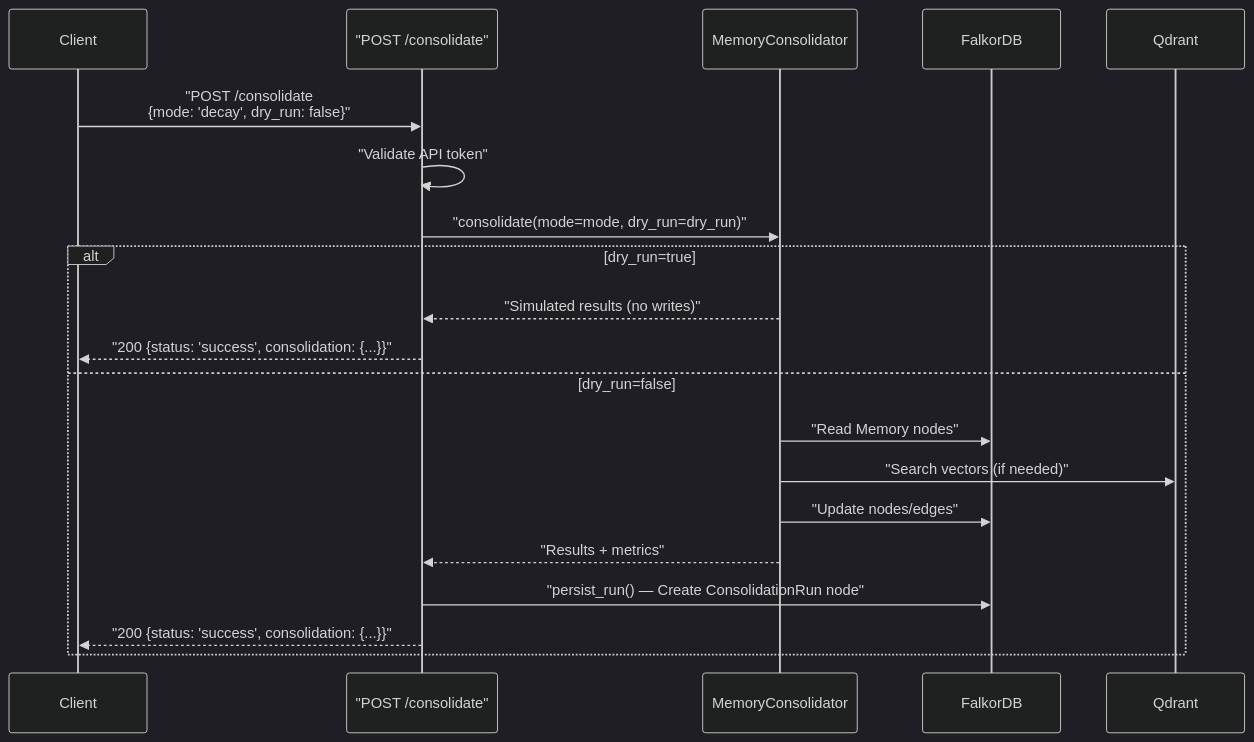
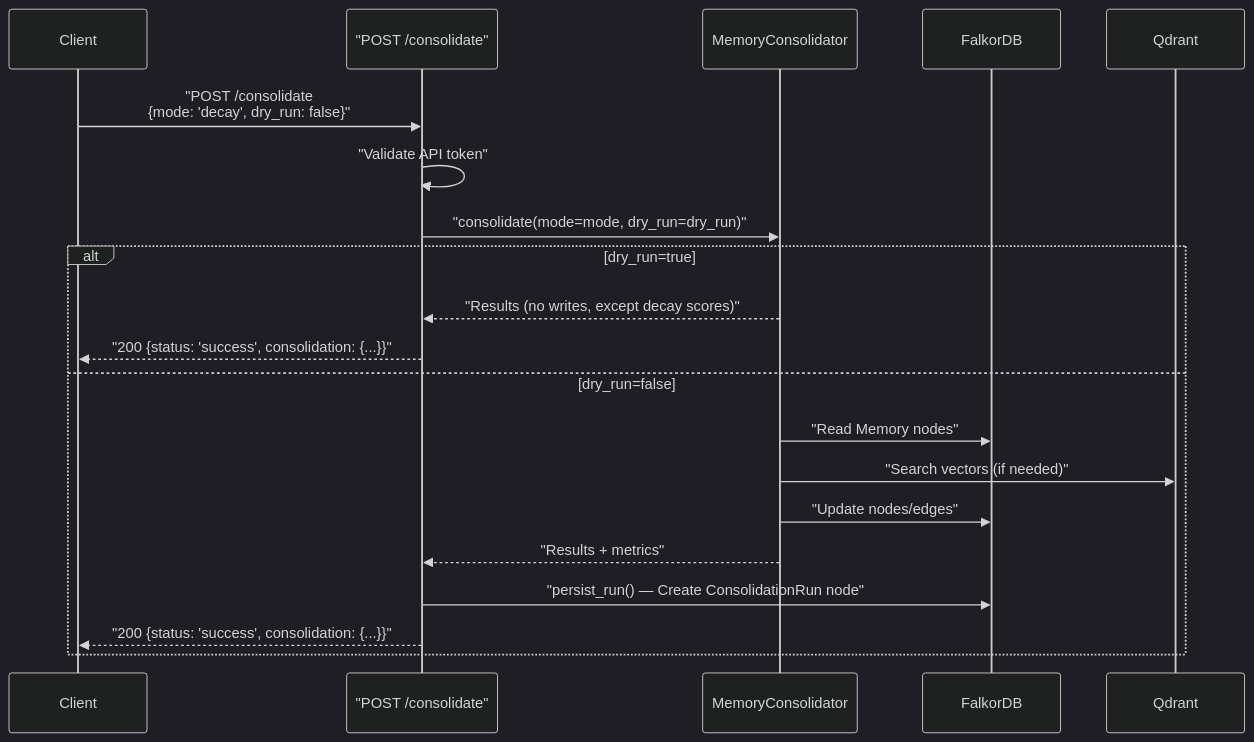
One commit to verygoodplugins/automem-website changed the second of 2 diagrams in src/content/docs/docs/reference/api/consolidation.md. Above: the diagram before and after it, drawn with Mermaid (dark theme). The commit also changed other lines of this file and 2 other files, not shown here.

First line of the commit message:
docs: correct consolidation status shapes, dry-run decay, and health API responses (#422)

````diff
--- a/src/content/docs/docs/reference/api/consolidation.md
+++ b/src/content/docs/docs/reference/api/consolidation.md
@@ -101,25 +102,25 @@
 ```mermaid
 sequenceDiagram
     participant Client
     participant API as "POST /consolidate"
     participant Consolidator as MemoryConsolidator
     participant FalkorDB
     participant Qdrant
 
     Client->>API: "POST /consolidate<br/>{mode: 'decay', dry_run: false}"
     API->>API: "Validate API token"
 
     API->>Consolidator: "consolidate(mode=mode, dry_run=dry_run)"
 
     alt dry_run=true
-        Consolidator-->>API: "Simulated results (no writes)"
+        Consolidator-->>API: "Results (no writes, except decay scores)"
         API-->>Client: "200 {status: 'success', consolidation: {...}}"
     else dry_run=false
         Consolidator->>FalkorDB: "Read Memory nodes"
         Consolidator->>Qdrant: "Search vectors (if needed)"
         Consolidator->>FalkorDB: "Update nodes/edges"
         Consolidator-->>API: "Results + metrics"
         API->>FalkorDB: "persist_run() — Create ConsolidationRun node"
         API-->>Client: "200 {status: 'success', consolidation: {...}}"
     end
 ```
````
